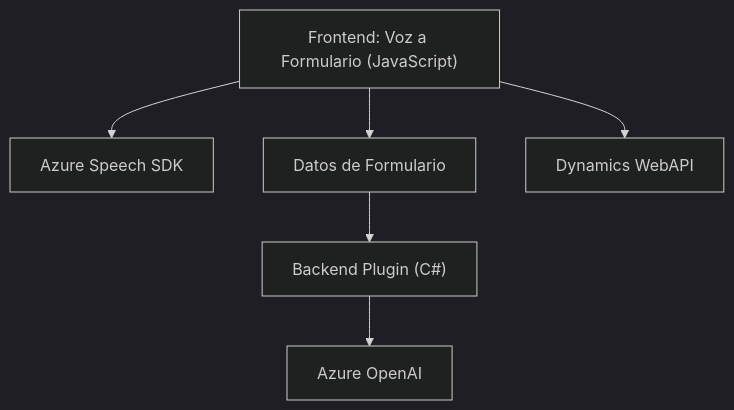
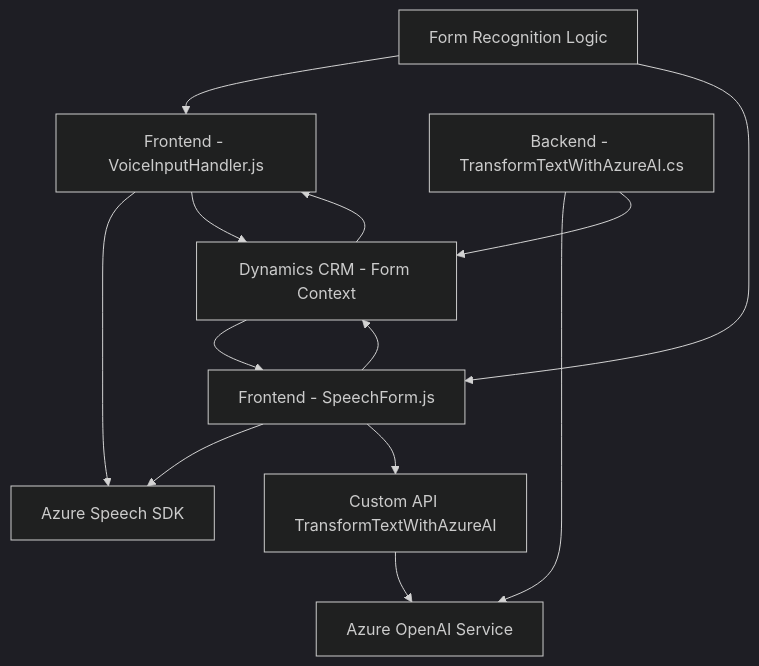
One commit to blopezdm/NETCORE_BILBAO2025 changed the diagram in README.md. Above: the diagram before and after it, drawn with Mermaid (dark theme). The commit also changed other lines of this file, not shown here.

````diff
--- a/README.md
+++ b/README.md
@@ -44,15 +39,24 @@
 ```mermaid
 graph TD
-    A["Frontend: Voz a Formulario (JavaScript)"]
-    B["Azure Speech SDK"]
-    C["Datos de Formulario"]
-    D["Backend Plugin (C#)"]
-    E["Dynamics WebAPI"]
-    F["Azure OpenAI"]
+    A["Frontend - VoiceInputHandler.js"]
+    B["Frontend - SpeechForm.js"]
+    C["Backend - TransformTextWithAzureAI.cs"]
+    D["Azure Speech SDK"]
+    E["Azure OpenAI Service"]
+    F["Dynamics CRM - Form Context"]
+    G["Custom API TransformTextWithAzureAI"]
+    H["Form Recognition Logic"]
 
-    A-->B
-    A-->E
-    A-->C
-    C-->D
-    D-->F
+    A --> D
+    A --> F
+    B --> D
+    B --> F
+    B --> G
+    C --> E
+    C --> F
+    G --> E
+    F --> B
+    F --> A
+    H --> A
+    H --> B
 ```
````
